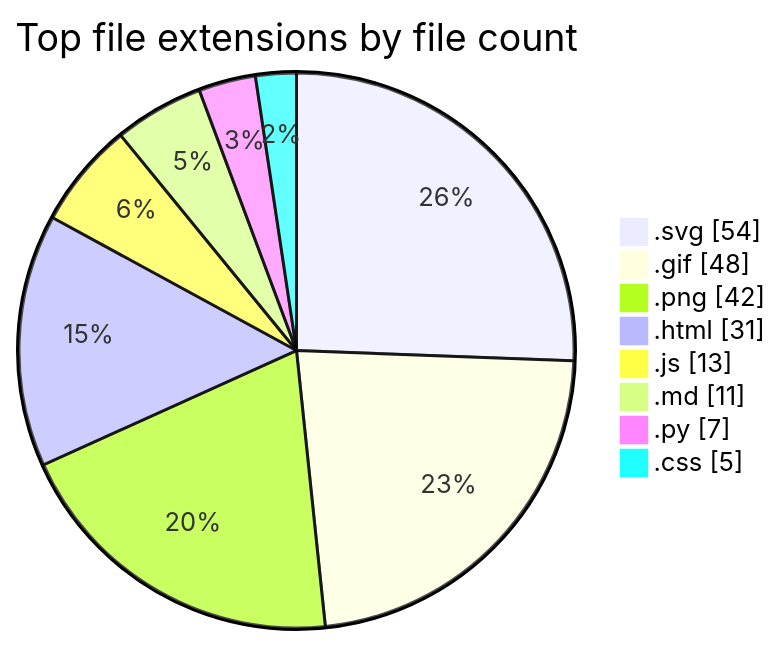
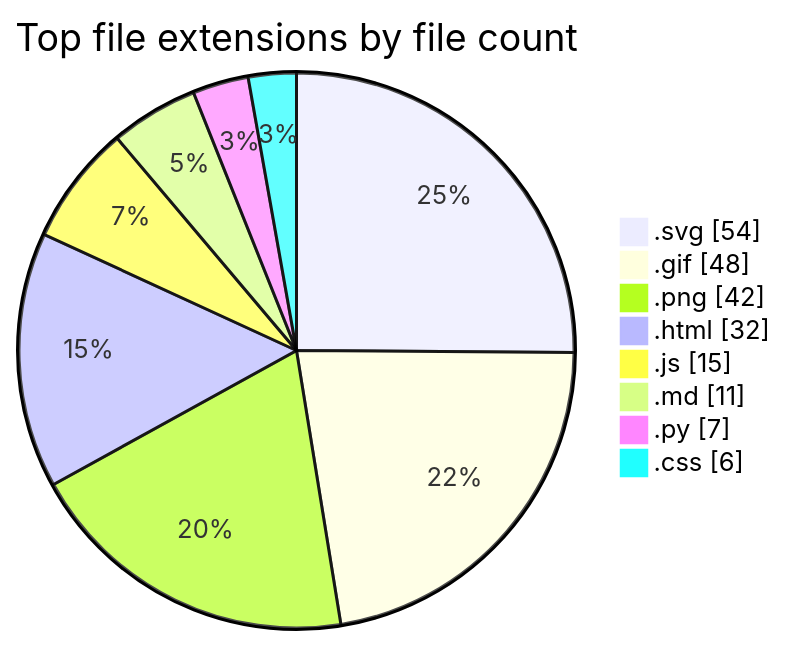
Before and after one commit to tchinso/tchinso: the second of 2 diagrams in README.md, drawn with Mermaid. The commit also changed other lines of this file, not shown here.

````diff
--- a/README.md
+++ b/README.md
@@ -55,12 +55,12 @@
 ```mermaid
 pie showData
     title Top file extensions by file count
     ".svg" : 54
     ".gif" : 48
     ".png" : 42
-    ".html" : 31
-    ".js" : 13
+    ".html" : 32
+    ".js" : 15
     ".md" : 11
     ".py" : 7
-    ".css" : 5
+    ".css" : 6
 ```
````
